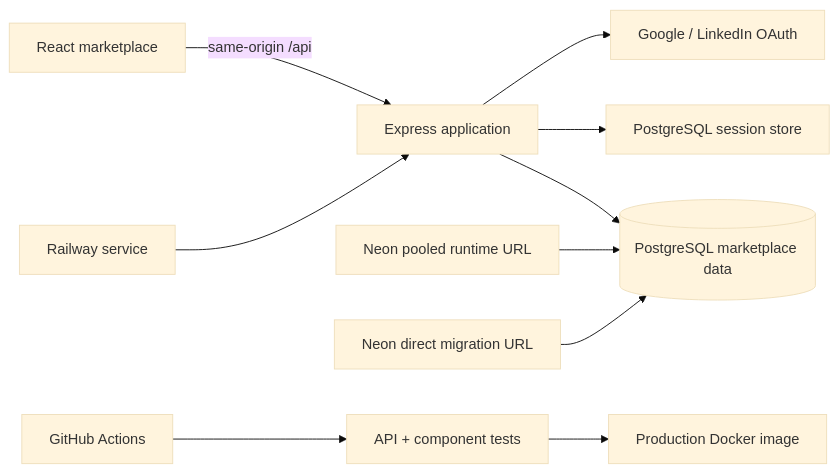
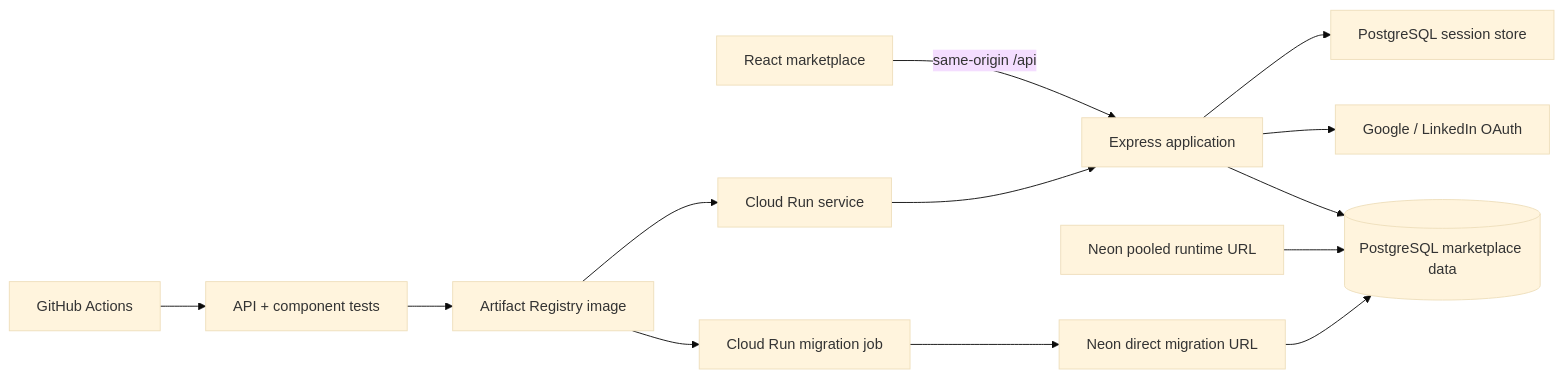
Before and after one commit to toksadekoya/crepfinder: the diagram in README.md, drawn with Mermaid (base theme). The commit also changed other lines of this file and 6 other files, not shown here.

Commit message:
feat: add Cloud Run deployment (#32)

````diff
--- a/README.md
+++ b/README.md
@@ -47,12 +47,15 @@
 ```mermaid
 flowchart LR
   Browser["React marketplace"] -->|"same-origin /api"| App["Express application"]
   App --> Auth["Google / LinkedIn OAuth"]
   App --> Session["PostgreSQL session store"]
   App --> Data[("PostgreSQL marketplace data")]
   CI["GitHub Actions"] --> Tests["API + component tests"]
-  Tests --> Image["Production Docker image"]
-  Railway["Railway service"] --> App
+  Tests --> Image["Artifact Registry image"]
+  Image --> Migration["Cloud Run migration job"]
+  Image --> Run["Cloud Run service"]
+  Run --> App
   Neon["Neon pooled runtime URL"] --> Data
   NeonDirect["Neon direct migration URL"] --> Data
+  Migration --> NeonDirect
 ```
````
